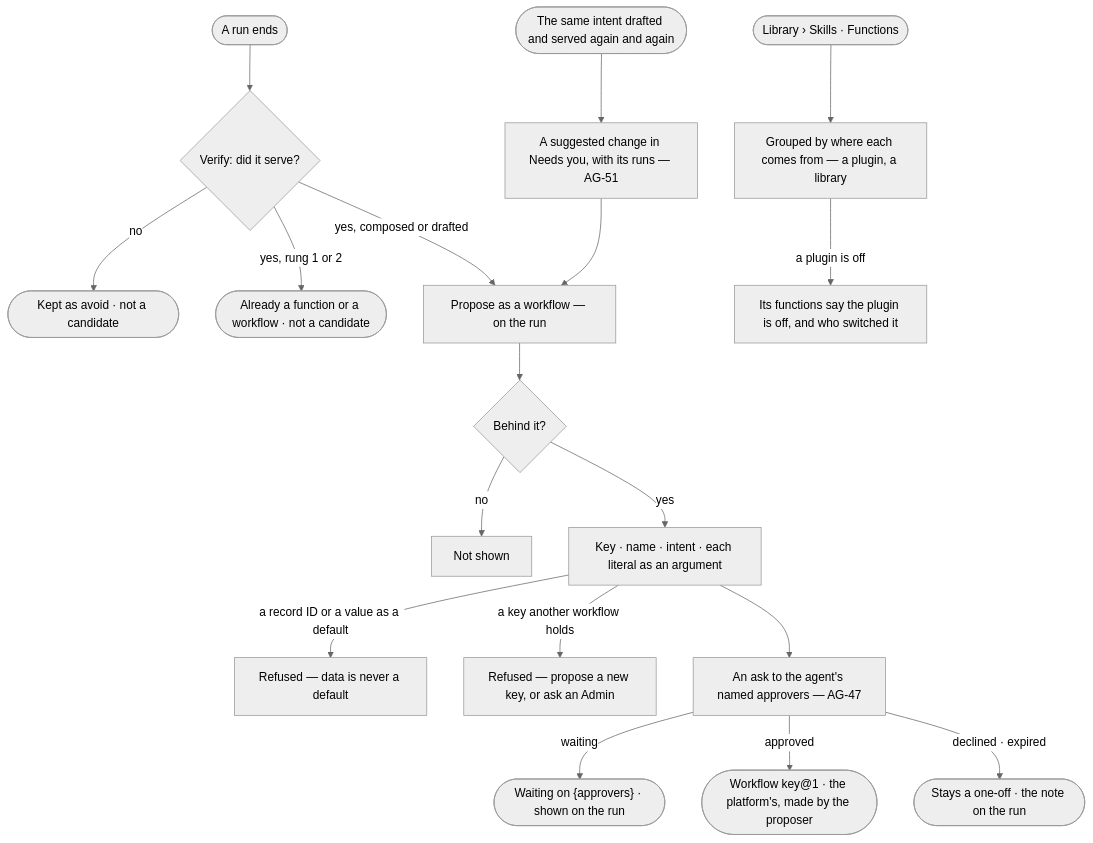
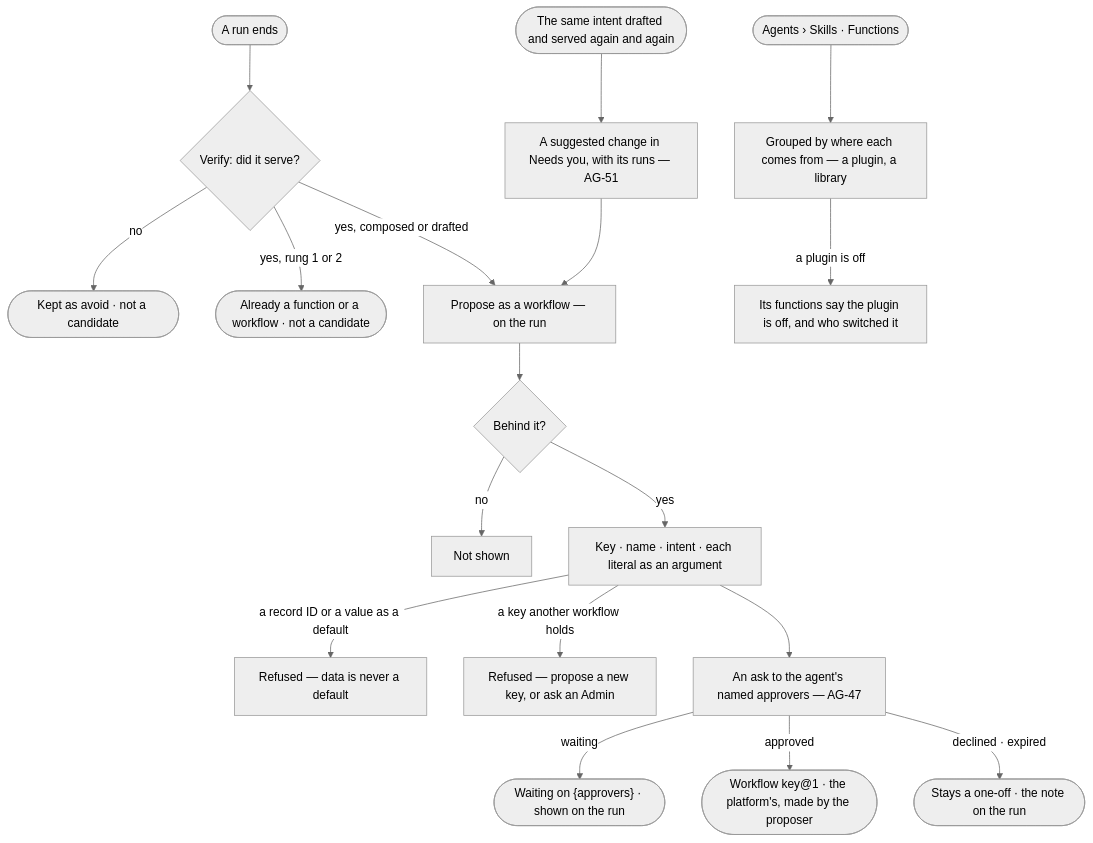
The diagram in specs/capabilities/agents/features/AG-F06-plans-and-workflows/stories/AG-31-keep-a-plan-that-served-and-see-where-each-comes-from/story.md (invana/invana), drawn with Mermaid (neutral theme) before and after one commit. The commit also changed other lines of this file and 106 other files, not shown here.

````diff
--- a/specs/capabilities/agents/features/AG-F06-plans-and-workflows/stories/AG-31-keep-a-plan-that-served-and-see-where-each-comes-from/story.md
+++ b/specs/capabilities/agents/features/AG-F06-plans-and-workflows/stories/AG-31-keep-a-plan-that-served-and-see-where-each-comes-from/story.md
@@ -31,19 +31,19 @@
 ```mermaid
 flowchart TD
   r([A run ends]) --> v{"Verify: did it serve?"}
   v -->|no| nc(["Kept as avoid · not a candidate"])
   v -->|yes, rung 1 or 2| nc2(["Already a function or a workflow · not a candidate"])
   v -->|yes, composed or drafted| c["Propose as a workflow — on the run"]
   c --> who{"Behind it?"}
   who -->|no| cx["Not shown"]
   who -->|yes| n["Key · name · intent · each literal as an argument"]
   n -->|a record ID or a value as a default| dx["Refused — data is never a default"]
   n -->|a key another workflow holds| kx["Refused — propose a new key, or ask an Admin"]
   n --> ask["An ask to the agent's named approvers — AG-47"]
   ask -->|waiting| w(["Waiting on {approvers} · shown on the run"])
   ask -->|approved| v1(["Workflow key@1 · the platform's, made by the proposer"])
   ask -->|declined · expired| d(["Stays a one-off · the note on the run"])
   ev([The same intent drafted and served again and again]) --> sc["A suggested change in Needs you, with its runs — AG-51"] --> c
-  t([Library › Skills · Functions]) --> src["Grouped by where each comes from — a plugin, a library"]
+  t([Agents › Skills · Functions]) --> src["Grouped by where each comes from — a plugin, a library"]
   src -->|a plugin is off| off["Its functions say the plugin is off, and who switched it"]
 ```
````
